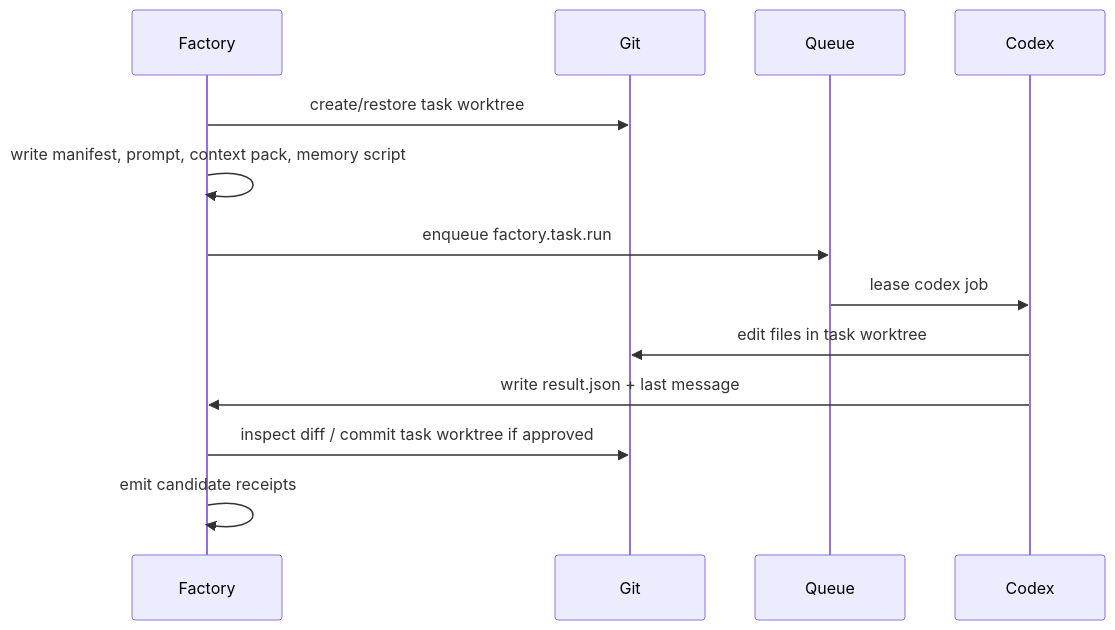
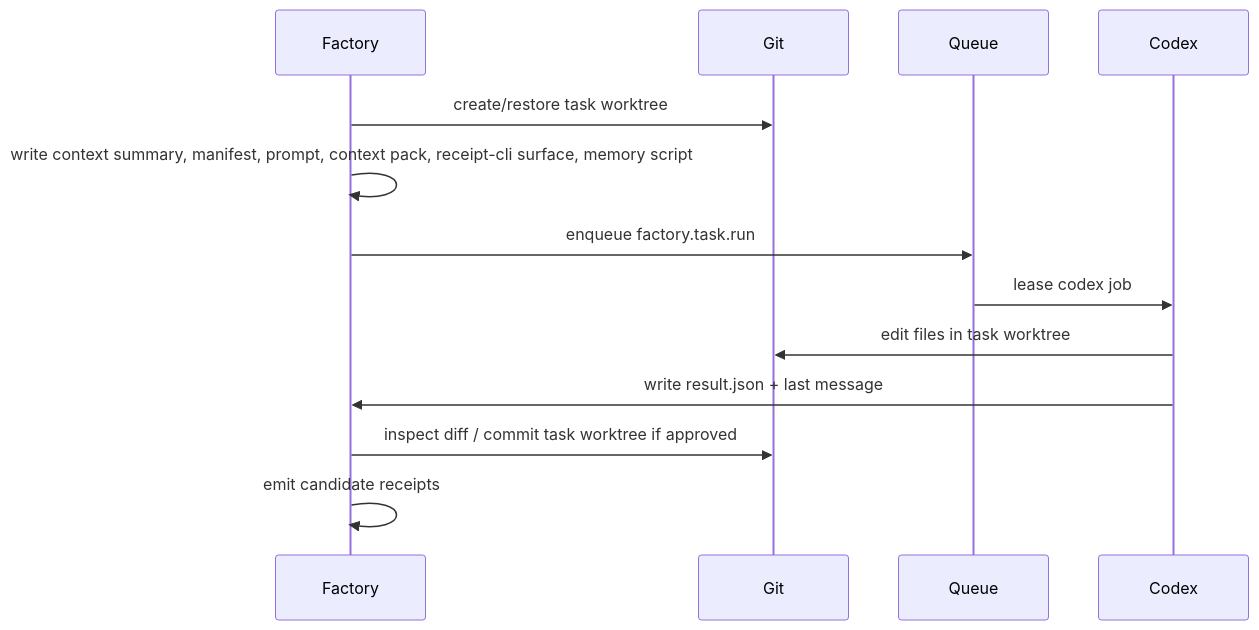
The second of 7 diagrams in docs/factory-agent-orchestration.md (skishore23/receipt), drawn with Mermaid before and after one commit. The commit also changed other lines of this file and 15 other files, not shown here.

Commit message:
Refresh Factory context guidance and DST compatibility

````diff
--- a/docs/factory-agent-orchestration.md
+++ b/docs/factory-agent-orchestration.md
@@ -238,16 +241,16 @@
 ```mermaid
 sequenceDiagram
   participant Factory
   participant Git
   participant Queue
   participant Codex
 
   Factory->>Git: create/restore task worktree
-  Factory->>Factory: write manifest, prompt, context pack, memory script
+  Factory->>Factory: write context summary, manifest, prompt, context pack, receipt-cli surface, memory script
   Factory->>Queue: enqueue factory.task.run
   Queue->>Codex: lease codex job
   Codex->>Git: edit files in task worktree
   Codex->>Factory: write result.json + last message
   Factory->>Git: inspect diff / commit task worktree if approved
   Factory->>Factory: emit candidate receipts
 ```
````
